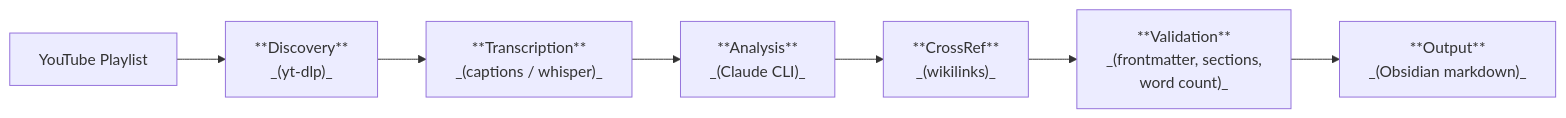
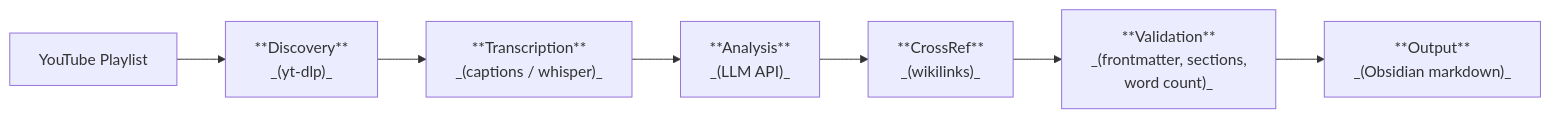
The diagram in README.md (AvogadroSG1/civic-summary), drawn with Mermaid before and after one commit. The commit also changed other lines of this file and 6 other files, not shown here.

First line of the commit message:
docs: document the llm block and the upgrade from the claude CLI

````diff
--- a/README.md
+++ b/README.md
@@ -9,13 +11,13 @@
 ```mermaid
 flowchart LR
     YT[YouTube Playlist] --> D
 
     D["**Discovery**\n_(yt-dlp)_"]
     T["**Transcription**\n_(captions / whisper)_"]
-    A["**Analysis**\n_(Claude CLI)_"]
+    A["**Analysis**\n_(LLM API)_"]
     CR["**CrossRef**\n_(wikilinks)_"]
     V["**Validation**\n_(frontmatter, sections,\nword count)_"]
     O["**Output**\n_(Obsidian markdown)_"]
 
     D --> T --> A --> CR --> V --> O
 ```
````
